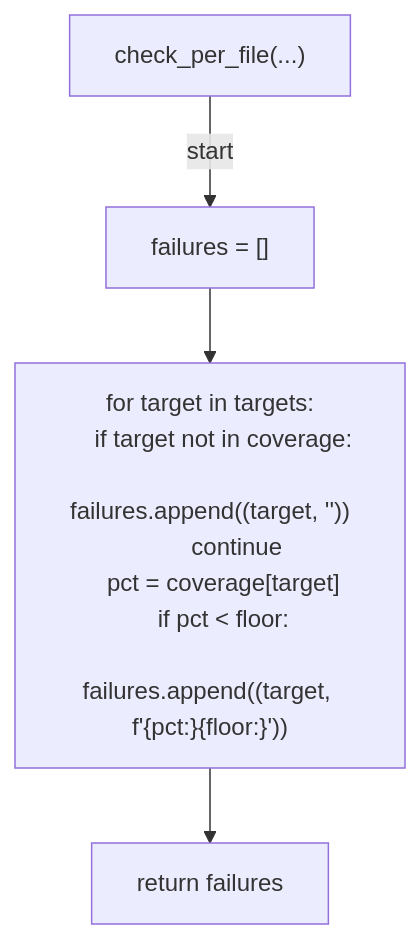
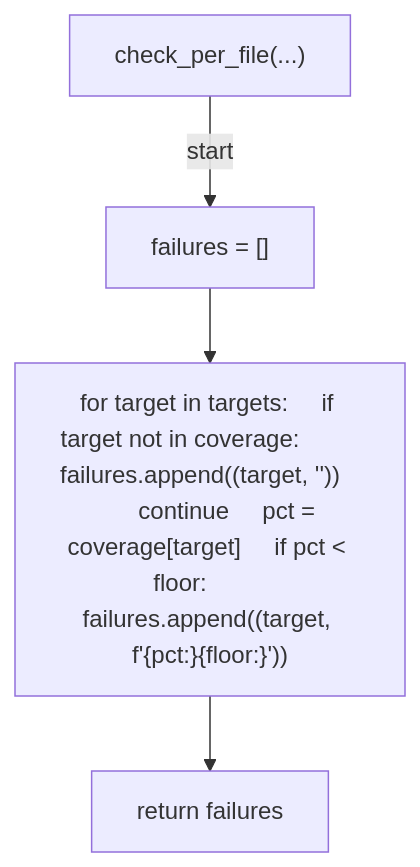
The fourth of 5 diagrams in docs/generated/scripts/ast/preflight_coverage.md (tvna/claude-md), drawn with Mermaid before and after one commit. The commit also changed other lines of this file and 29 other files, not shown here.

First line of the commit message:
docs(generated): regenerate decision tree and workflow diagrams (batch 3/5)

````diff
--- a/docs/generated/scripts/ast/preflight_coverage.md
+++ b/docs/generated/scripts/ast/preflight_coverage.md
@@ -80,16 +72,10 @@
 ```mermaid
 flowchart TD
     N001["check_per_file(...)"]
     N002["failures = []"]
-    N003["for target in targets:
-    if target not in coverage:
-        failures.append((target, '<str>'))
-        continue
-    pct = coverage[target]
-    if pct < floor:
-        failures.append((target, f'{pct:<str>}<str>{floor:<str>}<str>'))"]
+    N003["for target in targets:     if target not in coverage:         failures.append((target, '<str>'))         continue     pct = coverage[target]     if pct < floor:         failures.append((target, f'{pct:<str>}<str>{floor:<str>}<str>'))"]
     N004["return failures"]
     N001 -->|"start"| N002
     N002 --> N003
     N003 --> N004
 ```
````
